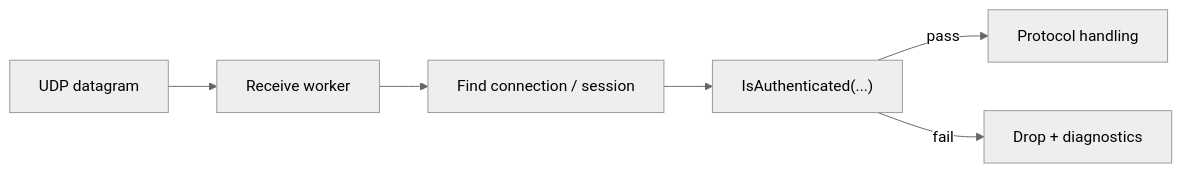
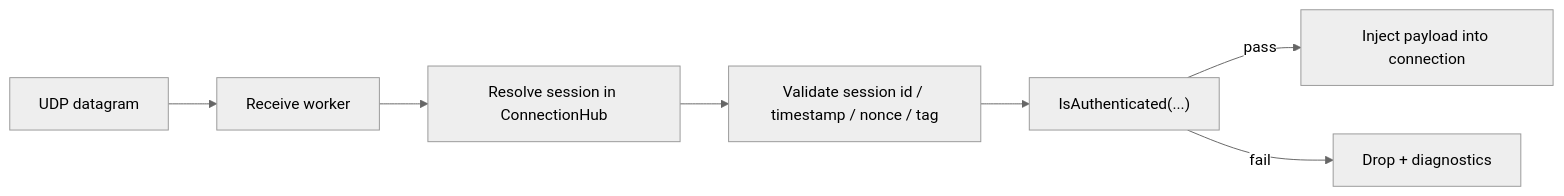
One commit to ppn-systems/nalix-docs changed the diagram in docs/api/network/runtime/udp-listener.md. Above: the diagram before and after it, drawn with Mermaid (neutral theme). The commit also changed other lines of this file and 7 other files, not shown here.

````diff
--- a/docs/api/network/runtime/udp-listener.md
+++ b/docs/api/network/runtime/udp-listener.md
@@ -11,8 +11,9 @@
 ```mermaid
 flowchart LR
     A["UDP datagram"] --> B["Receive worker"]
-    B --> C["Find connection / session"]
-    C --> D["IsAuthenticated(...)"]
-    D -->|pass| E["Protocol handling"]
-    D -->|fail| F["Drop + diagnostics"]
+    B --> C["Resolve session in ConnectionHub"]
+    C --> D["Validate session id / timestamp / nonce / tag"]
+    D --> E["IsAuthenticated(...)"]
+    E -->|pass| F["Inject payload into connection"]
+    E -->|fail| G["Drop + diagnostics"]
 ```
````
